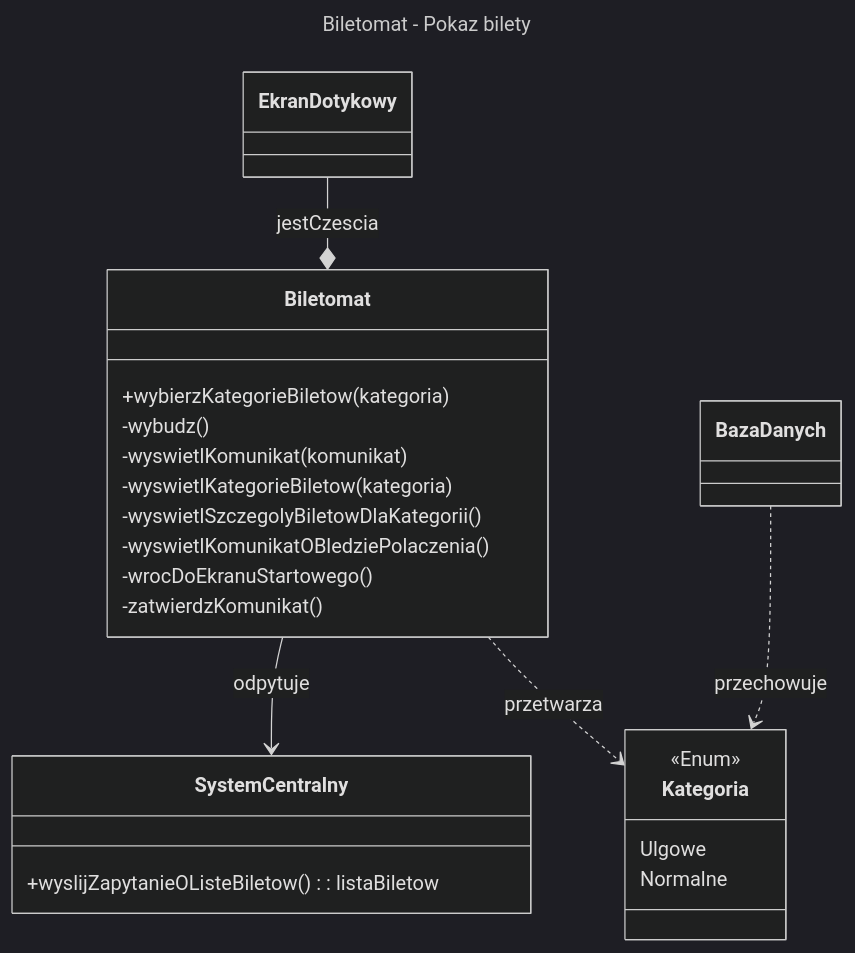
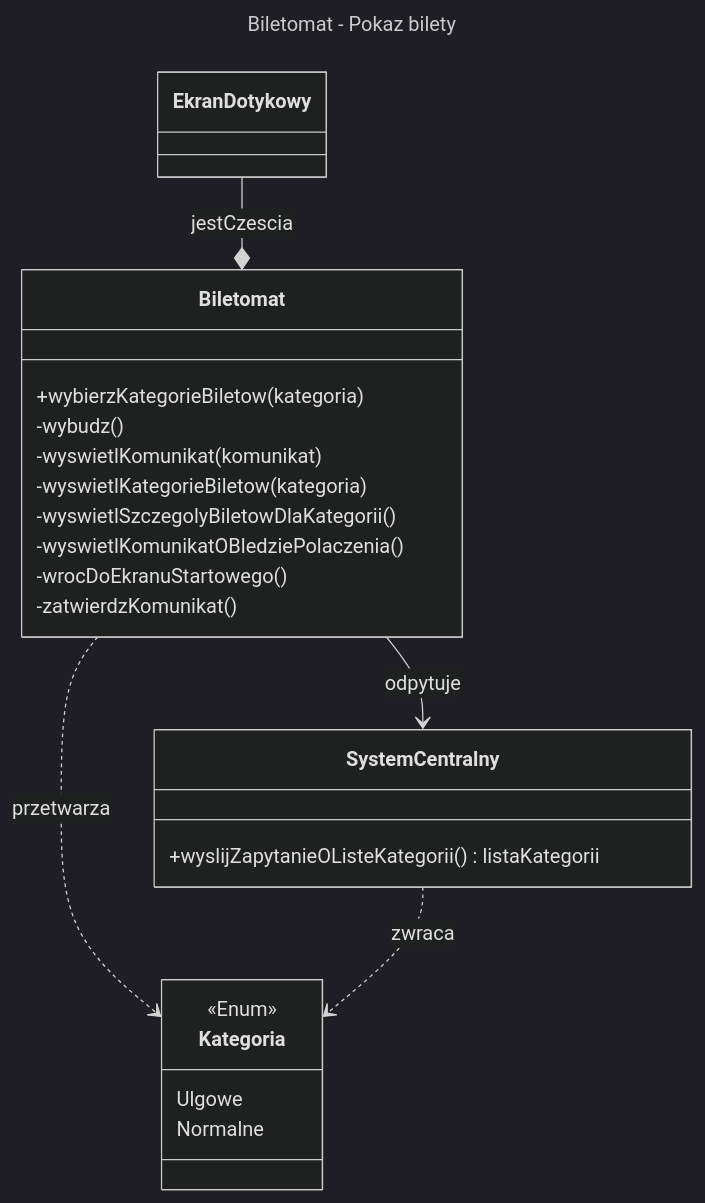
Before and after one commit to Igor-Ochocki/MWO: the diagram in classes/ticketMachine_showTickets.md, drawn with Mermaid (dark theme).

````diff
--- a/classes/ticketMachine_showTickets.md
+++ b/classes/ticketMachine_showTickets.md
@@ -1,34 +1,34 @@
 ```mermaid
 ---
 title: Biletomat - Pokaz bilety
 ---
 classDiagram
     class EkranDotykowy {
     }
 
     class Kategoria {
         <<Enum>>
         Ulgowe
         Normalne
     }
 
     class Biletomat {
         +wybierzKategorieBiletow(kategoria)
         -wybudz()
         -wyswietlKomunikat(komunikat)
         -wyswietlKategorieBiletow(kategoria)
         -wyswietlSzczegolyBiletowDlaKategorii()
         -wyswietlKomunikatOBledziePolaczenia()
         -wrocDoEkranuStartowego()
         -zatwierdzKomunikat()
     }
 
     class SystemCentralny {
-        +wyslijZapytanieOListeBiletow(): listaBiletow
+        +wyslijZapytanieOListeKategorii() listaKategorii
     }
 
     Biletomat --> SystemCentralny : odpytuje
     EkranDotykowy --* Biletomat : jestCzescia
-    BazaDanych ..> Kategoria : przechowuje
     Biletomat ..> Kategoria : przetwarza
+    SystemCentralny ..> Kategoria : zwraca
 ```
````
